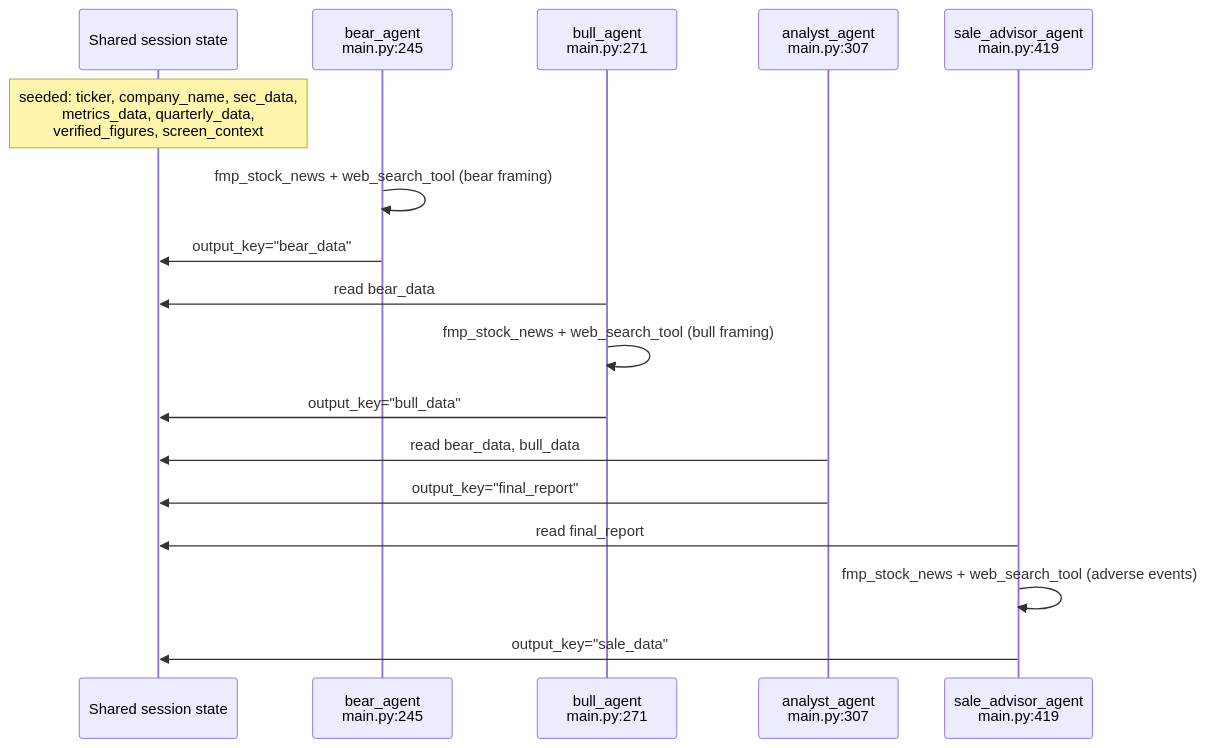
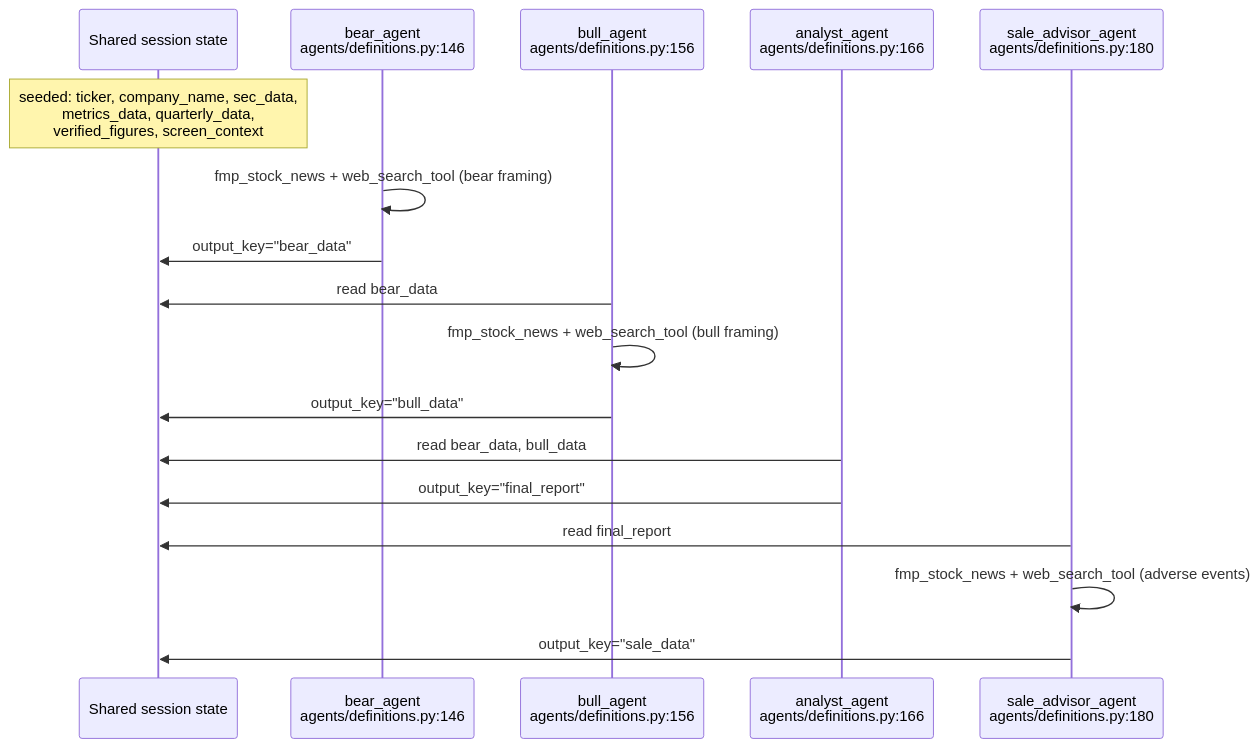
Before and after one commit to sun4github/magic-stock-picker: the diagram in docs/02-agents-and-reasoning-graph.md, drawn with Mermaid. The commit also changed other lines of this file and 8 other files, not shown here.

````diff
--- a/docs/02-agents-and-reasoning-graph.md
+++ b/docs/02-agents-and-reasoning-graph.md
@@ -82,20 +82,20 @@
 ```mermaid
 sequenceDiagram
     participant Sess as Shared session state
-    participant Bear as bear_agent<br/>main.py:245
-    participant Bull as bull_agent<br/>main.py:271
-    participant Judge as analyst_agent<br/>main.py:307
-    participant Sale as sale_advisor_agent<br/>main.py:419
+    participant Bear as bear_agent<br/>agents/definitions.py:146
+    participant Bull as bull_agent<br/>agents/definitions.py:156
+    participant Judge as analyst_agent<br/>agents/definitions.py:166
+    participant Sale as sale_advisor_agent<br/>agents/definitions.py:180
 
     Note over Sess: seeded: ticker, company_name, sec_data,<br/>metrics_data, quarterly_data,<br/>verified_figures, screen_context
     Bear->>Bear: fmp_stock_news + web_search_tool (bear framing)
     Bear->>Sess: output_key="bear_data"
     Bull->>Sess: read bear_data
     Bull->>Bull: fmp_stock_news + web_search_tool (bull framing)
     Bull->>Sess: output_key="bull_data"
     Judge->>Sess: read bear_data, bull_data
     Judge->>Sess: output_key="final_report"
     Sale->>Sess: read final_report
     Sale->>Sale: fmp_stock_news + web_search_tool (adverse events)
     Sale->>Sess: output_key="sale_data"
 ```
````
